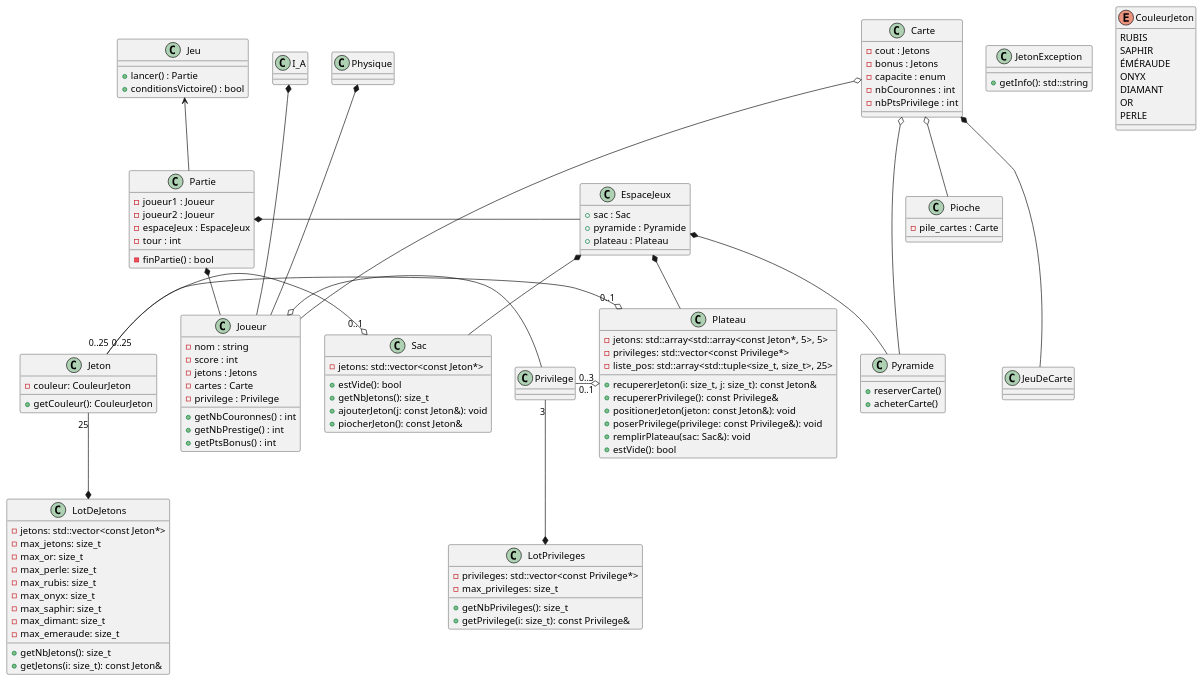
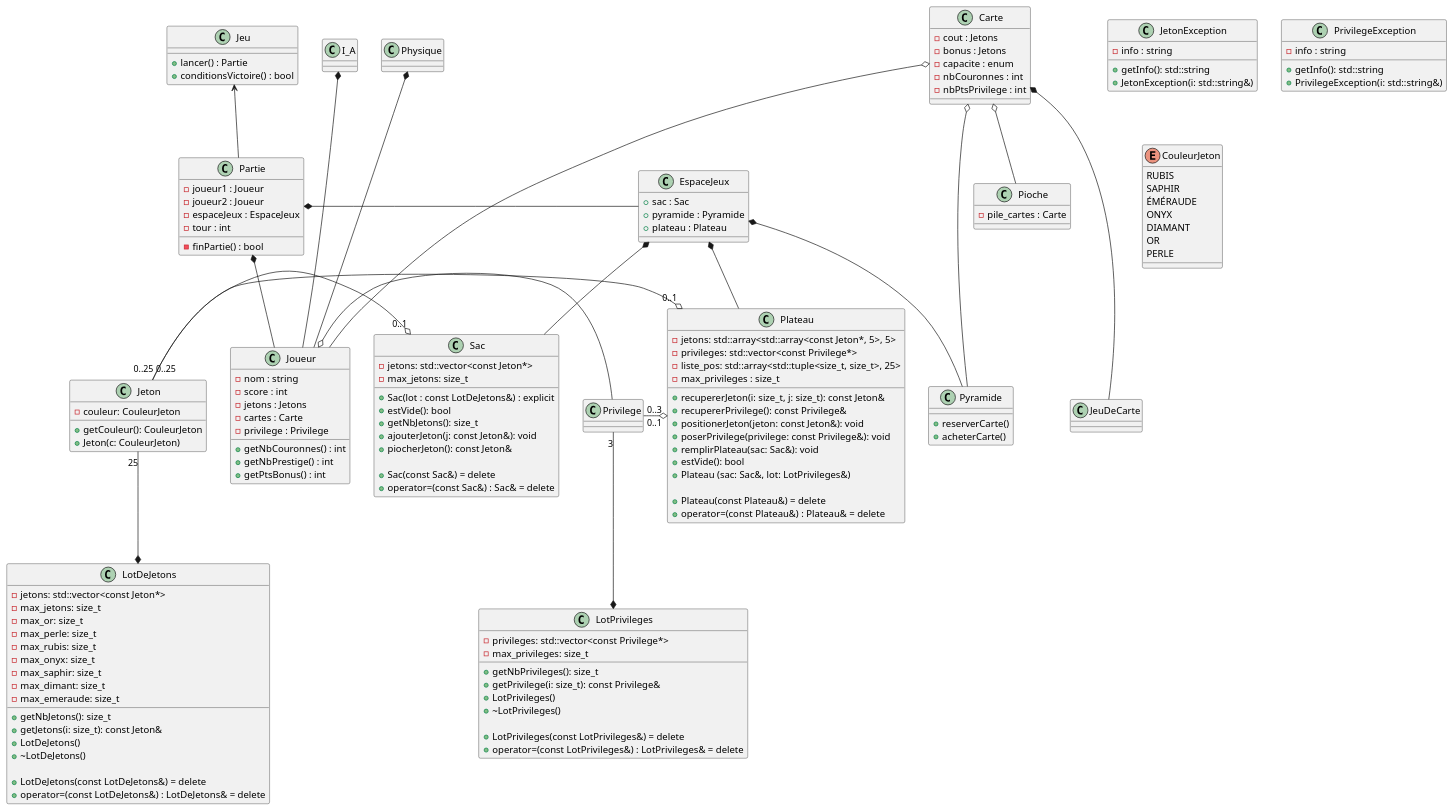
The diagram in source/UML/UML_V1.plantuml (theguega/OOP-Board-Game), drawn with PlantUML before and after one commit.

Commit message:
update UML

```diff
--- a/source/UML/UML_V1.plantuml
+++ b/source/UML/UML_V1.plantuml
@@ -1,156 +1,185 @@
 @startuml splendor
 
 /'
     Diagramme de classe du jeu Splendor Duel
     Pour programmation objet C++
 '/
 
 class Joueur{
     - nom : string
     - score : int
     - jetons : Jetons
     - cartes : Carte
     - privilege : Privilege
 
     + getNbCouronnes() : int
     + getNbPrestige() : int
     + getPtsBonus() : int
 }
 
 class I_A {
 }
 
 class Physique {
 }
 
 class Partie {
     - joueur1 : Joueur
     - joueur2 : Joueur
     - espaceJeux : EspaceJeux
     - tour : int
 
     - finPartie() : bool
 }
 
 class EspaceJeux {
     + sac : Sac
     + pyramide : Pyramide
     + plateau : Plateau
 }
 
 class Pyramide {
     + reserverCarte()
     + acheterCarte()
 }
 
 class Carte{
     - cout : Jetons
     - bonus : Jetons
     - capacite : enum
     - nbCouronnes : int
     - nbPtsPrivilege : int
 }
 
 class Pioche {
     - pile_cartes : Carte
 }
 
 class JetonException {
+  - info : string
   + getInfo(): std::string
+  + JetonException(i: std::string&)
+}
+
+class PrivilegeException {
+  - info : string
+  + getInfo(): std::string
+  + PrivilegeException(i: std::string&)
 }
 
 enum CouleurJeton {
   RUBIS
   SAPHIR
   ÉMÉRAUDE
   ONYX
   DIAMANT
   OR
   PERLE
 }
 
 class Jeton {
   - couleur: CouleurJeton
   + getCouleur(): CouleurJeton
+  + Jeton(c: CouleurJeton)
 }
 
 class LotDeJetons {
   - jetons: std::vector<const Jeton*>
   - max_jetons: size_t
   - max_or: size_t
   - max_perle: size_t
   - max_rubis: size_t
   - max_onyx: size_t
   - max_saphir: size_t
   - max_dimant: size_t
   - max_emeraude: size_t
   + getNbJetons(): size_t
   + getJetons(i: size_t): const Jeton&
+  + LotDeJetons()
+  + ~LotDeJetons()
+
+  + LotDeJetons(const LotDeJetons&) = delete
+  + operator=(const LotDeJetons&) : LotDeJetons& = delete
 }
 
 class Privilege {
 }
 
 class LotPrivileges {
   - privileges: std::vector<const Privilege*>
   - max_privileges: size_t
   + getNbPrivileges(): size_t
   + getPrivilege(i: size_t): const Privilege&
+  + LotPrivileges()
+  + ~LotPrivileges()
+
+  + LotPrivileges(const LotPrivileges&) = delete
+  + operator=(const LotPrivileges&) : LotPrivileges& = delete
 }
 
 class Sac {
   - jetons: std::vector<const Jeton*>
+  - max_jetons: size_t
+  + Sac(lot : const LotDeJetons&) : explicit
   + estVide(): bool
   + getNbJetons(): size_t
   + ajouterJeton(j: const Jeton&): void
   + piocherJeton(): const Jeton&
+
+  + Sac(const Sac&) = delete
+  + operator=(const Sac&) : Sac& = delete
 }
 
 class Plateau {
   - jetons: std::array<std::array<const Jeton*, 5>, 5>
   - privileges: std::vector<const Privilege*>
   - liste_pos: std::array<std::tuple<size_t, size_t>, 25>
+  - max_privileges : size_t
   + recupererJeton(i: size_t, j: size_t): const Jeton&
   + recupererPrivilege(): const Privilege&
   + positionerJeton(jeton: const Jeton&): void
   + poserPrivilege(privilege: const Privilege&): void
   + remplirPlateau(sac: Sac&): void
   + estVide(): bool
+  + Plateau (sac: Sac&, lot: LotPrivileges&)
+
+  + Plateau(const Plateau&) = delete
+  + operator=(const Plateau&) : Plateau& = delete
 }
 
 
 class Jeu {
     + lancer() : Partie
     + conditionsVictoire() : bool
 }
 
 class JeuDeCarte {
 }
 
 Physique *--- Joueur
 I_A *--- Joueur
 
 Carte *--- JeuDeCarte
 Carte o-- Pyramide
 Carte o-- Pioche
 Carte o--- Joueur
 
 Jeton "25" --* LotDeJetons
 Jeton "0..25" -o "0..1" Sac
 
 Privilege "3" --* LotPrivileges
 
 Jeton "0..25" -o "0..1" Plateau
 Privilege "0..3" -o "0..1" Plateau
 
 Joueur o- Privilege
 
 Partie *- EspaceJeux
 Partie *- Joueur
 
 EspaceJeux *-- Sac
 EspaceJeux *-- Pyramide
 EspaceJeux *-- Plateau
 
 Jeu <-- Partie
 @enduml
```
